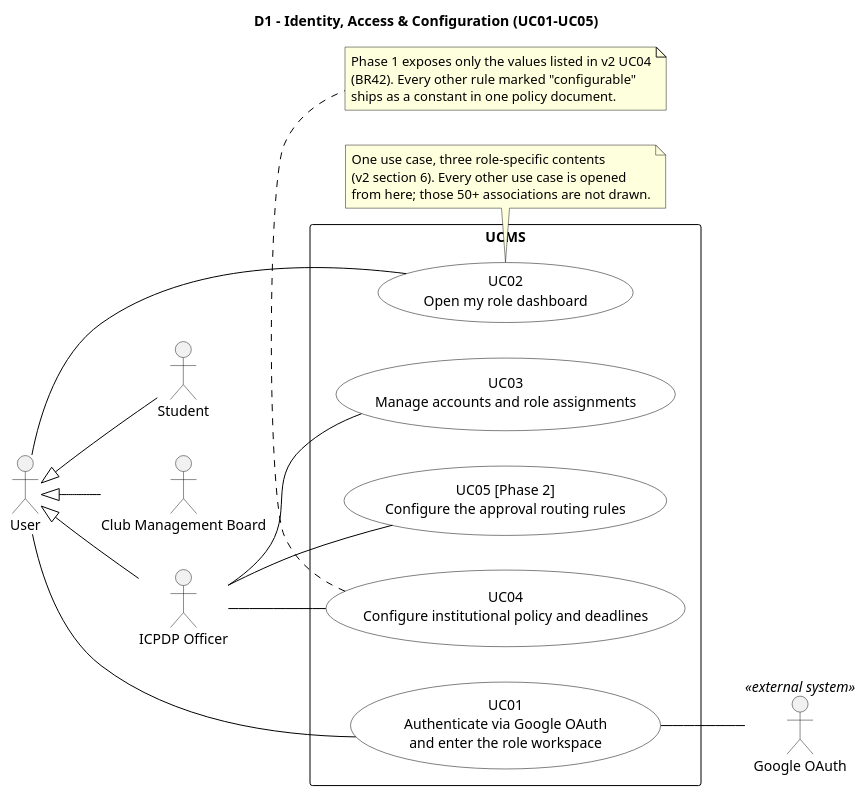
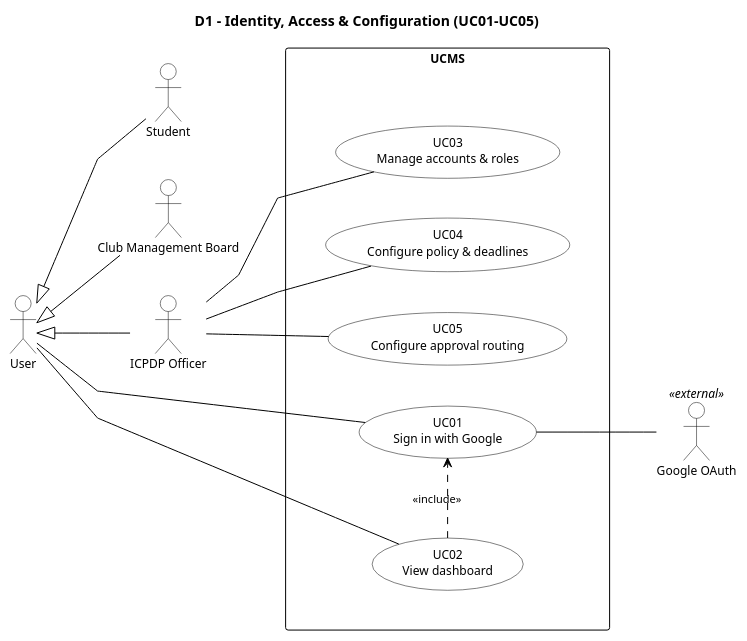
The diagram in docs/diagrams/v2/D1_IdentityAccessConfig.puml (nvdekay/ClubManagementSystem), drawn with PlantUML before and after one commit. The commit also changed 10 other files, not shown here.

First line of the commit message:
docs: redraw the v2 use case diagrams in Visual Paradigm style

```diff
--- a/docs/diagrams/v2/D1_IdentityAccessConfig.puml
+++ b/docs/diagrams/v2/D1_IdentityAccessConfig.puml
@@ -1,62 +1,65 @@
 @startuml v2_D1_IdentityAccessConfig
 left to right direction
+skinparam linetype polyline
+skinparam nodesep 40
+skinparam ranksep 60
 skinparam backgroundColor White
 skinparam shadowing false
 skinparam defaultFontName Helvetica
+skinparam defaultFontSize 12
+skinparam ArrowColor Black
+skinparam ArrowFontSize 11
+skinparam actor {
+  BackgroundColor White
+  BorderColor Black
+}
 skinparam usecase {
   BackgroundColor White
   BorderColor Black
-  ArrowColor Black
 }
 skinparam rectangle {
   BackgroundColor White
   BorderColor Black
 }
+skinparam package {
+  BackgroundColor White
+  BorderColor Black
+}
+' inner frame: invisible, only adds padding inside the system boundary
+skinparam rectangle<<inner>> {
+  BorderColor Transparent
+  FontColor Transparent
+}
+hide <<inner>> stereotype
 
 title D1 - Identity, Access & Configuration (UC01-UC05)
 
 actor "User" as USER
 actor "Student" as STU
 actor "Club Management Board" as CMB
 actor "ICPDP Officer" as ICPDP
+actor "Google OAuth" as OAUTH <<external>>
 
-STU -up-|> USER
-CMB -up-|> USER
-ICPDP -up-|> USER
+USER <|-- STU
+USER <|-- CMB
+USER <|-- ICPDP
 
-rectangle UCMS {
-  usecase UC01 as "UC01
-  Authenticate via Google OAuth
-  and enter the role workspace"
-  usecase UC02 as "UC02
-  Open my role dashboard"
-  usecase UC03 as "UC03
-  Manage accounts and role assignments"
-  usecase UC04 as "UC04
-  Configure institutional policy and deadlines"
-  usecase UC05 as "UC05 [Phase 2]
-  Configure the approval routing rules"
+rectangle "UCMS" {
+  rectangle " " <<inner>> {
+    usecase "UC01\nSign in with Google" as UC01
+    usecase "UC02\nView dashboard" as UC02
+    usecase "UC03\nManage accounts & roles" as UC03
+    usecase "UC04\nConfigure policy & deadlines" as UC04
+    usecase "UC05\nConfigure approval routing" as UC05
+  }
 }
-
-actor "Google OAuth" as OAUTH <<external system>>
 
 USER -- UC01
 USER -- UC02
+UC02 .[norank].> UC01 : <<include>>
 UC01 -- OAUTH
 
 ICPDP -- UC03
 ICPDP -- UC04
 ICPDP -- UC05
-
-note bottom of UC02
-  One use case, three role-specific contents
-  (v2 section 6). Every other use case is opened
-  from here; those 50+ associations are not drawn.
-end note
-
-note bottom of UC04
-  Phase 1 exposes only the values listed in v2 UC04
-  (BR42). Every other rule marked "configurable"
-  ships as a constant in one policy document.
-end note
 @enduml
```
